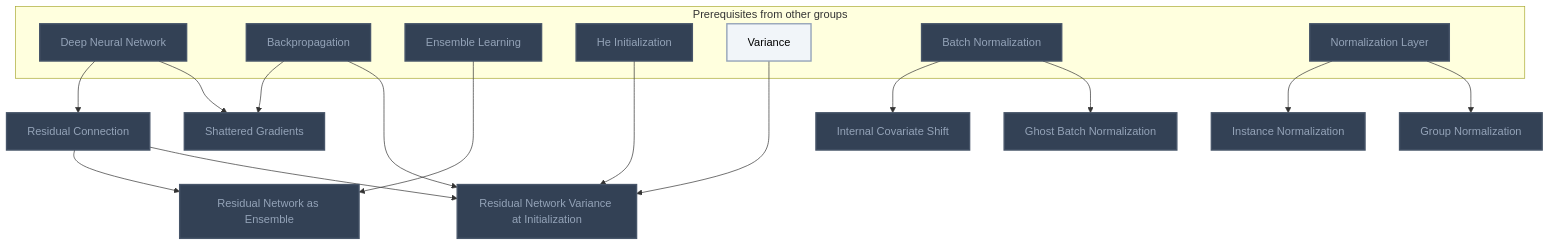
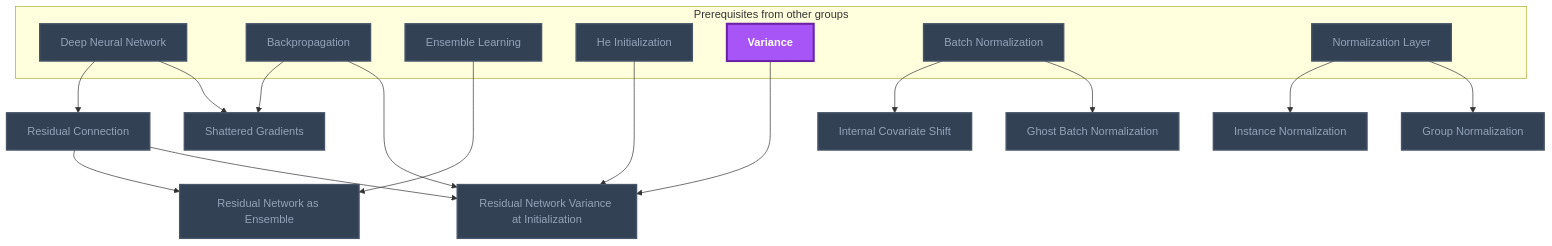
Before and after one commit to MRauf1/My-Notes: the tenth of 21 diagrams in Gamification/Skill Trees/Deep Learning.md, drawn with Mermaid. The commit also changed other lines of this file and 73 other files, not shown here.

````diff
--- a/Gamification/Skill Trees/Deep Learning.md
+++ b/Gamification/Skill Trees/Deep Learning.md
@@ -529,45 +529,45 @@
 ```mermaid
 flowchart TD
     classDef planned fill:#1E293B,stroke:#64748B,stroke-width:2px,stroke-dasharray:5 5,color:#94A3B8;
     classDef locked fill:#334155,stroke:#475569,stroke-width:2px,color:#94A3B8;
     classDef L0 fill:#F1F5F9,stroke:#94A3B8,stroke-width:2px,color:#000000;
     classDef L1 fill:#22C55E,stroke:#15803D,stroke-width:2px,color:#000000;
     classDef L2 fill:#3B82F6,stroke:#1D4ED8,stroke-width:3px,color:#FFFFFF;
     classDef L3 fill:#A855F7,stroke:#6B21A8,stroke-width:3px,color:#FFFFFF,font-weight:bold;
     classDef L4 fill:#F97316,stroke:#C2410C,stroke-width:4px,color:#000000,font-weight:bold;
     classDef L5 fill:#FFD700,stroke:#FF8C00,stroke-width:5px,color:#000000,font-weight:bold;
     classDef rusty stroke:#8B4513,stroke-width:4px,stroke-dasharray:3 3;
     subgraph sg_prereqs["Prerequisites from other groups"]
         n_deep_neural_network["Deep Neural Network"]
         n_backpropagation["Backpropagation"]
         n_ensemble_learning["Ensemble Learning"]
         n_he_initialization["He Initialization"]
         n_variance["Variance"]
         n_batch_normalization["Batch Normalization"]
         n_normalization_layer["Normalization Layer"]
     end
     n_residual_connection["Residual Connection"]
     n_shattered_gradients["Shattered Gradients"]
     n_residual_network_as_ensemble["Residual Network as Ensemble"]
     n_residual_network_variance_at_initialization["Residual Network Variance at Initialization"]
     n_internal_covariate_shift["Internal Covariate Shift"]
     n_ghost_batch_normalization["Ghost Batch Normalization"]
     n_instance_normalization["Instance Normalization"]
     n_group_normalization["Group Normalization"]
     n_deep_neural_network --> n_residual_connection
     n_deep_neural_network --> n_shattered_gradients
     n_backpropagation --> n_shattered_gradients
     n_residual_connection --> n_residual_network_as_ensemble
     n_ensemble_learning --> n_residual_network_as_ensemble
     n_residual_connection --> n_residual_network_variance_at_initialization
     n_he_initialization --> n_residual_network_variance_at_initialization
     n_variance --> n_residual_network_variance_at_initialization
     n_backpropagation --> n_residual_network_variance_at_initialization
     n_batch_normalization --> n_internal_covariate_shift
     n_batch_normalization --> n_ghost_batch_normalization
     n_normalization_layer --> n_instance_normalization
     n_normalization_layer --> n_group_normalization
     class n_deep_neural_network,n_backpropagation,n_ensemble_learning,n_he_initialization,n_batch_normalization,n_normalization_layer,n_residual_connection,n_shattered_gradients,n_residual_network_as_ensemble,n_residual_network_variance_at_initialization,n_internal_covariate_shift,n_ghost_batch_normalization,n_instance_normalization,n_group_normalization locked;
-    class n_variance L0;
+    class n_variance L3;
     class n_deep_neural_network,n_backpropagation,n_ensemble_learning,n_he_initialization,n_variance,n_batch_normalization,n_normalization_layer,n_residual_connection,n_shattered_gradients,n_residual_network_as_ensemble,n_residual_network_variance_at_initialization,n_internal_covariate_shift,n_ghost_batch_normalization,n_instance_normalization,n_group_normalization internal-link;
 ```
````
